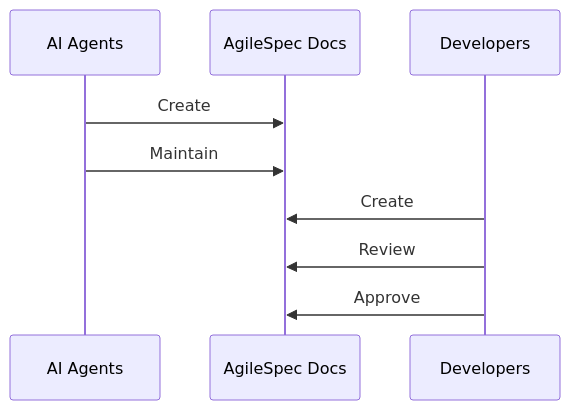
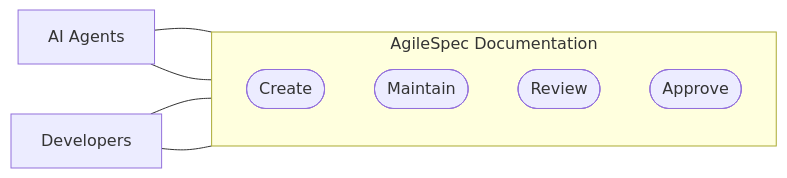
One commit to mtov/AgileSpec changed the third of 5 diagrams in README.md. Above: the diagram before and after it, drawn with Mermaid. The commit also changed other lines of this file, not shown here.

Commit message:
Simplify documentation roles and story specification diagrams

````diff
--- a/README.md
+++ b/README.md
@@ -122,12 +122,18 @@
 ```mermaid
-sequenceDiagram
-    participant A as AI Agents
-    participant D as AgileSpec Docs
-    participant H as Developers
+flowchart LR
+    A["AI Agents"]
+    H["Developers"]
 
-    A->>D: Create
-    A->>D: Maintain
-    H->>D: Create
-    H->>D: Review
-    H->>D: Approve
+    subgraph S["AgileSpec Documentation"]
+        direction TB
+        C(["Create"])
+        M(["Maintain"])
+        R(["Review"])
+        P(["Approve"])
+    end
+
+    A --- C
+    A --- M
+    H --- R
+    H --- P
 ```
````
